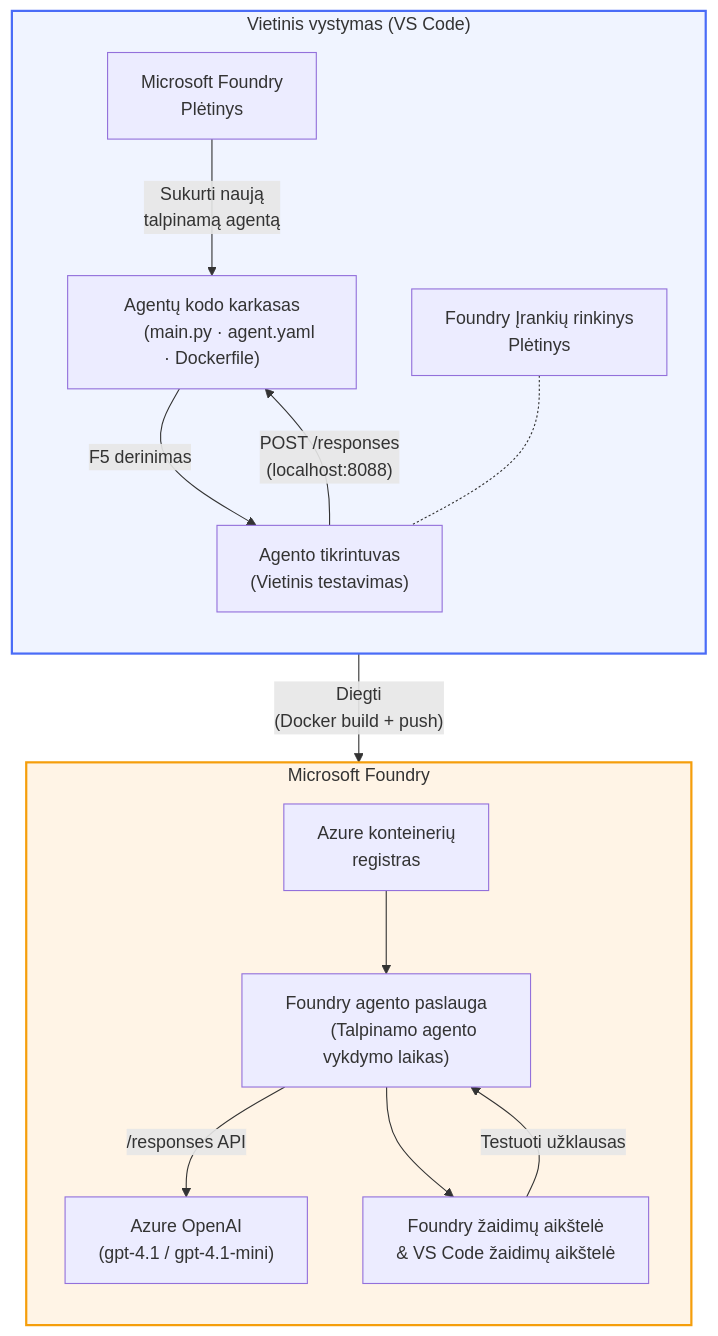
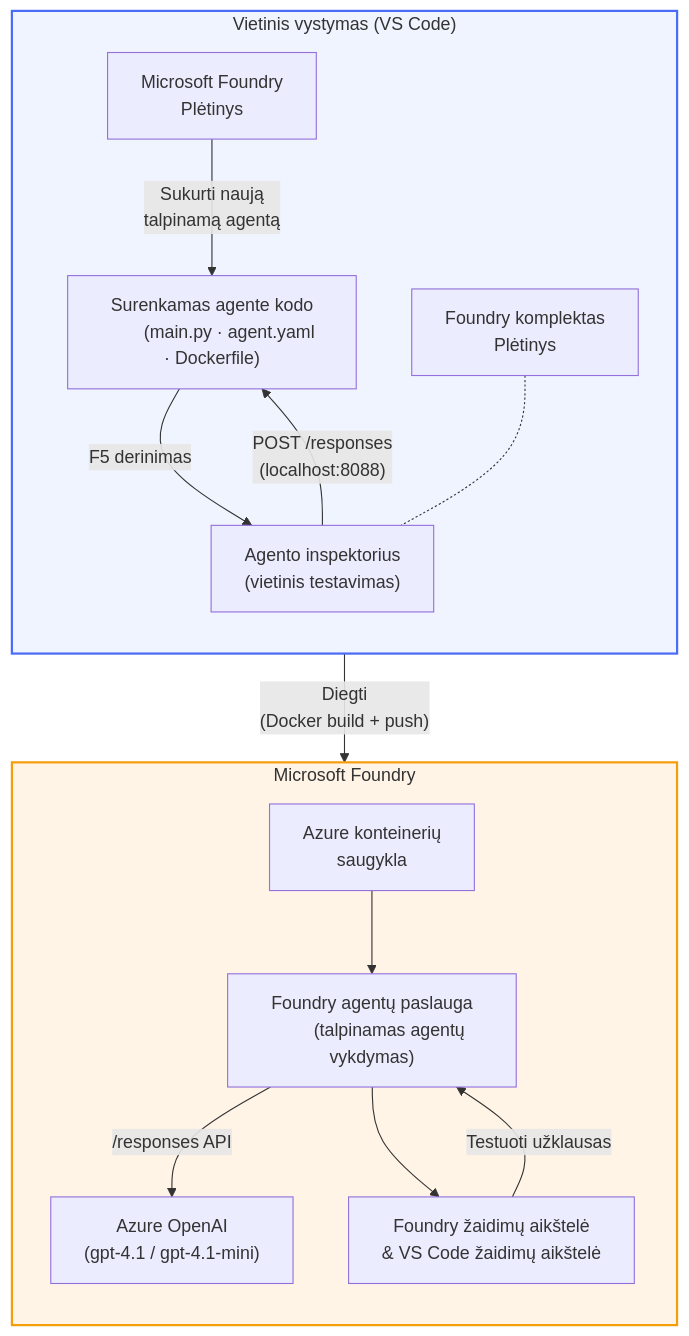
Before and after one commit to microsoft-foundry/Foundry_Toolkit_for_VSCode_Lab: the diagram in translations/lt/README.md, drawn with Mermaid. The commit also changed other lines of this file and 110 other files, not shown here.

````diff
--- a/translations/lt/README.md
+++ b/translations/lt/README.md
@@ -48,42 +52,42 @@
 ```mermaid
 flowchart TB
     subgraph Local["Vietinis vystymas (VS Code)"]
         direction TB
         FE["Microsoft Foundry
         Plėtinys"]
-        FoundryToolkit["Foundry Įrankių rinkinys
+        FoundryToolkit["Foundry komplektas
         Plėtinys"]
-        Scaffold["Agentų kodo karkasas
+        Scaffold["Surenkamas agente kodo
         (main.py · agent.yaml · Dockerfile)"]
-        Inspector["Agento tikrintuvas
-        (Vietinis testavimas)"]
+        Inspector["Agento inspektorius
+        (vietinis testavimas)"]
         FE -- "Sukurti naują
         talpinamą agentą" --> Scaffold
         Scaffold -- "F5 derinimas" --> Inspector
         FoundryToolkit -.- Inspector
     end
 
     subgraph Cloud["Microsoft Foundry"]
         direction TB
         ACR["Azure konteinerių
-        registras"]
-        AgentService["Foundry agento paslauga
-        (Talpinamo agento vykdymo laikas)"]
+        saugykla"]
+        AgentService["Foundry agentų paslauga
+        (talpinamas agentų vykdymas)"]
         Model["Azure OpenAI
         (gpt-4.1 / gpt-4.1-mini)"]
         Playground["Foundry žaidimų aikštelė
         & VS Code žaidimų aikštelė"]
         ACR --> AgentService
         AgentService -- "/responses API" --> Model
         AgentService --> Playground
     end
 
     Scaffold -- "Diegti
     (Docker build + push)" --> ACR
     Inspector -- "POST /responses
     (localhost:8088)" --> Scaffold
     Playground -- "Testuoti užklausas" --> AgentService
 
     style Local fill:#f0f4ff,stroke:#4a6cf7,stroke-width:2px
     style Cloud fill:#fff4e6,stroke:#f59e0b,stroke-width:2px
 ```
````
